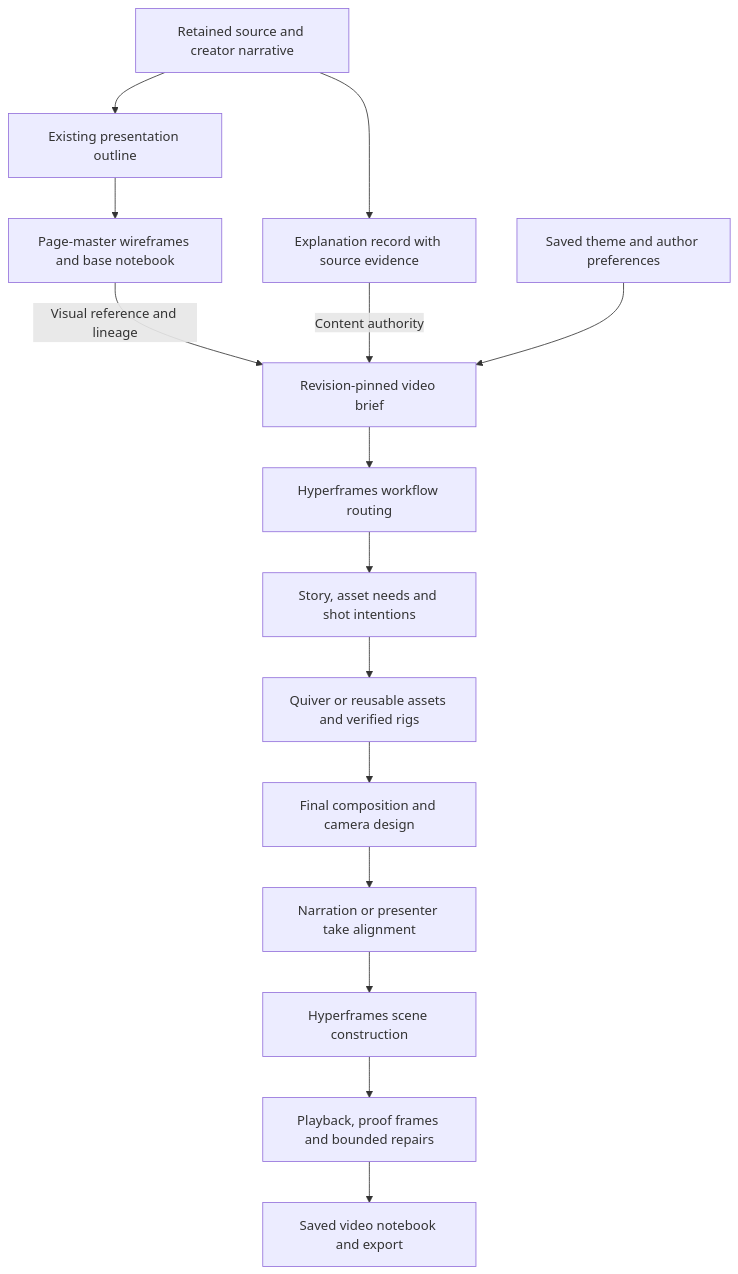
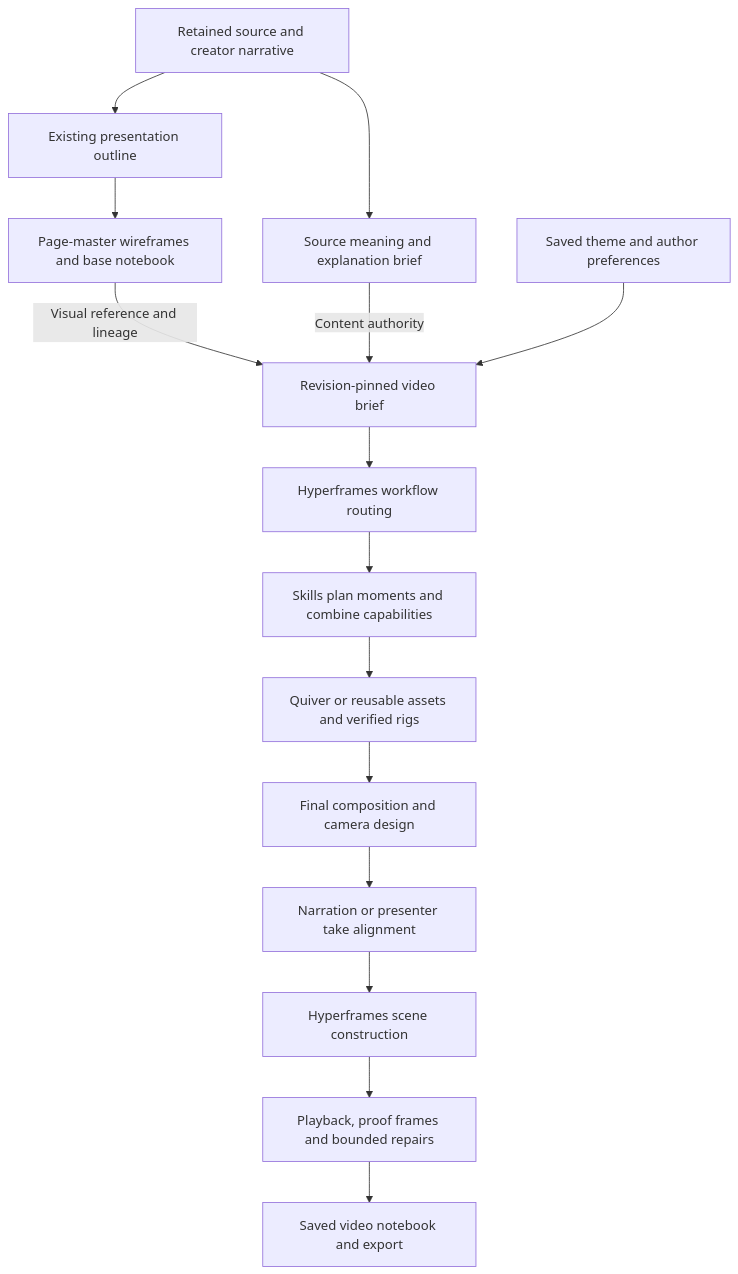
One commit to IncredibleDevHQ/dev-video-creator changed the diagram in docs/plans/hyperframes-explainer-pipeline.md. Above: the diagram before and after it, drawn with Mermaid. The commit also changed other lines of this file, not shown here.

Commit message:
docs: defer video direction to Hyperframes skills

````diff
--- a/docs/plans/hyperframes-explainer-pipeline.md
+++ b/docs/plans/hyperframes-explainer-pipeline.md
@@ -37,17 +37,17 @@
 ```mermaid
 flowchart TD
     S[Retained source and creator narrative] --> P[Existing presentation outline]
     P --> W[Page-master wireframes and base notebook]
-    S --> E[Explanation record with source evidence]
+    S --> E[Source meaning and explanation brief]
     W -->|Visual reference and lineage| B[Revision-pinned video brief]
     E -->|Content authority| B
     T[Saved theme and author preferences] --> B
     B --> R[Hyperframes workflow routing]
-    R --> D[Story, asset needs and shot intentions]
+    R --> D[Skills plan moments and combine capabilities]
     D --> A[Quiver or reusable assets and verified rigs]
     A --> C[Final composition and camera design]
     C --> N[Narration or presenter take alignment]
     N --> H[Hyperframes scene construction]
     H --> V[Playback, proof frames and bounded repairs]
     V --> O[Saved video notebook and export]
 ```
````
